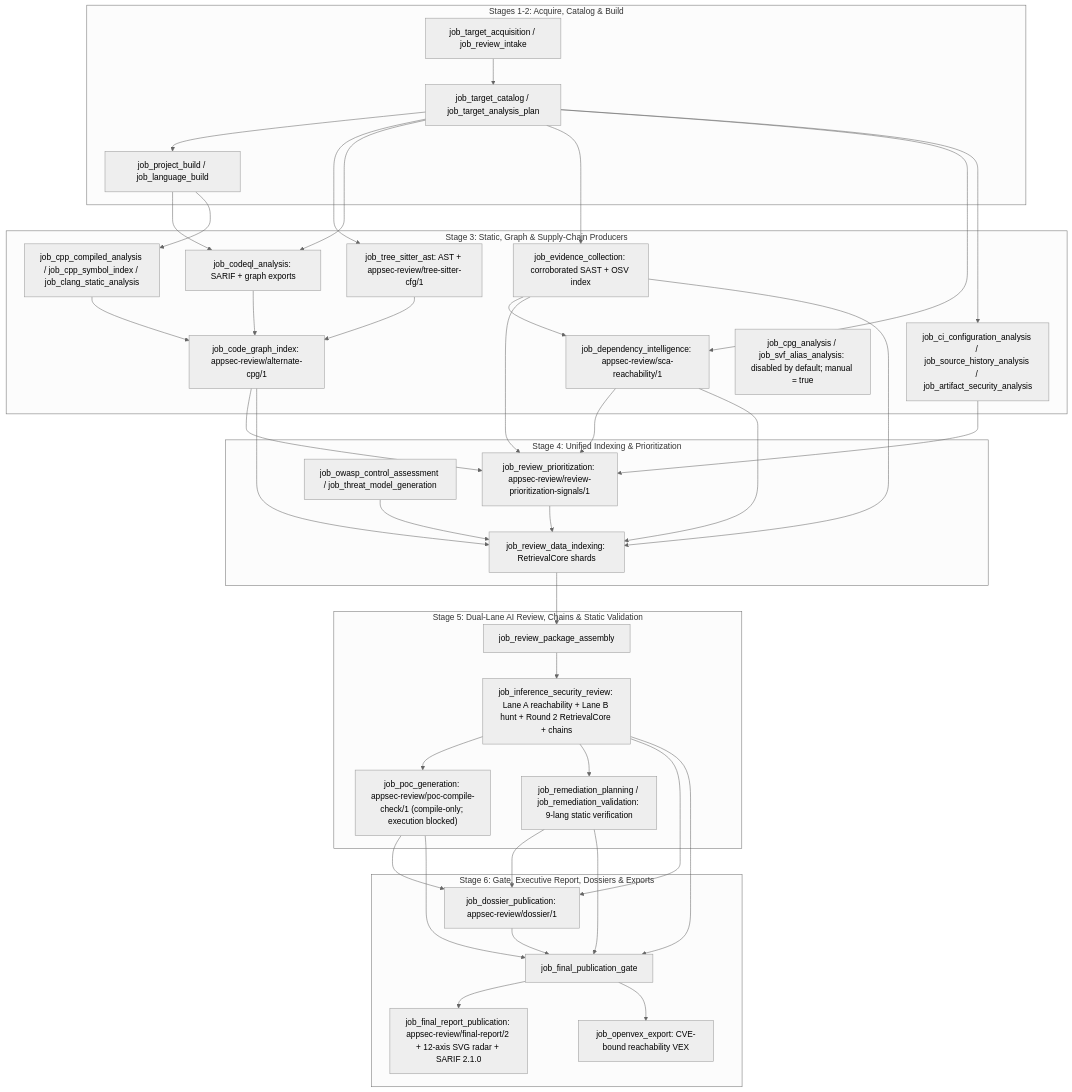
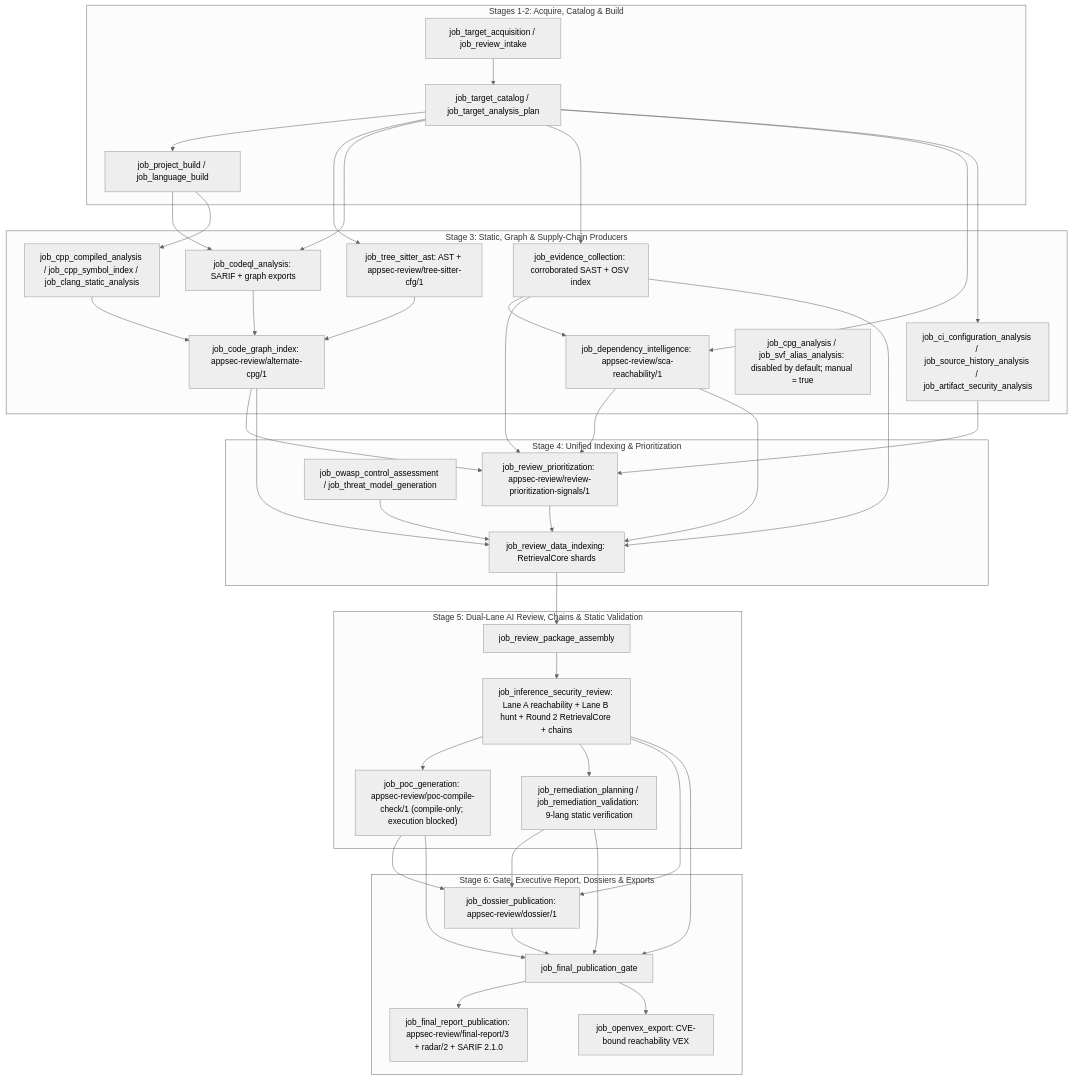
Before and after one commit to wsollers/appsec-review: the diagram in docs/overview.md, drawn with Mermaid (neutral theme). The commit also changed other lines of this file and 7 other files, not shown here.

````diff
--- a/docs/overview.md
+++ b/docs/overview.md
@@ -32,49 +32,49 @@
 ```mermaid
 flowchart TB
   subgraph S12["Stages 1-2: Acquire, Catalog & Build"]
     acq["job_target_acquisition / job_review_intake"] --> cat["job_target_catalog / job_target_analysis_plan"]
     cat --> bld["job_project_build / job_language_build"]
   end
   subgraph S3["Stage 3: Static, Graph & Supply-Chain Producers"]
     cat --> ts["job_tree_sitter_ast: AST + appsec-review/tree-sitter-cfg/1"]
     cat --> cql["job_codeql_analysis: SARIF + graph exports"]
     bld --> cql
     bld --> cpp["job_cpp_compiled_analysis / job_cpp_symbol_index / job_clang_static_analysis"]
     ts --> cgi["job_code_graph_index: appsec-review/alternate-cpg/1"]
     cql --> cgi
     cpp --> cgi
     cat --> ev["job_evidence_collection: corroborated SAST + OSV index"]
     cat --> dep["job_dependency_intelligence: appsec-review/sca-reachability/1"]
     ev --> dep
     cat --> ctx["job_ci_configuration_analysis / job_source_history_analysis / job_artifact_security_analysis"]
     retired["job_cpg_analysis / job_svf_alias_analysis: disabled by default; manual = true"]
   end
   subgraph S4["Stage 4: Unified Indexing & Prioritization"]
     cgi --> prio["job_review_prioritization: appsec-review/review-prioritization-signals/1"]
     ev --> prio
     dep --> prio
     ctx --> prio
     cgi --> idx["job_review_data_indexing: RetrievalCore shards"]
     ev --> idx
     dep --> idx
     prio --> idx
     owasp["job_owasp_control_assessment / job_threat_model_generation"] --> idx
   end
   subgraph S5["Stage 5: Dual-Lane AI Review, Chains & Static Validation"]
     idx --> pkg["job_review_package_assembly"]
     pkg --> inf["job_inference_security_review: Lane A reachability + Lane B hunt + Round 2 RetrievalCore + chains"]
     inf --> poc["job_poc_generation: appsec-review/poc-compile-check/1 (compile-only; execution blocked)"]
     inf --> rem["job_remediation_planning / job_remediation_validation: 9-lang static verification"]
   end
   subgraph S6["Stage 6: Gate, Executive Report, Dossiers & Exports"]
     inf --> dos["job_dossier_publication: appsec-review/dossier/1"]
     poc --> dos
     rem --> dos
     dos --> gate["job_final_publication_gate"]
     inf --> gate
     poc --> gate
     rem --> gate
-    gate --> rep["job_final_report_publication: appsec-review/final-report/2 + 12-axis SVG radar + SARIF 2.1.0"]
+    gate --> rep["job_final_report_publication: appsec-review/final-report/3 + radar/2 + SARIF 2.1.0"]
     gate --> vex["job_openvex_export: CVE-bound reachability VEX"]
   end
 ```
````
